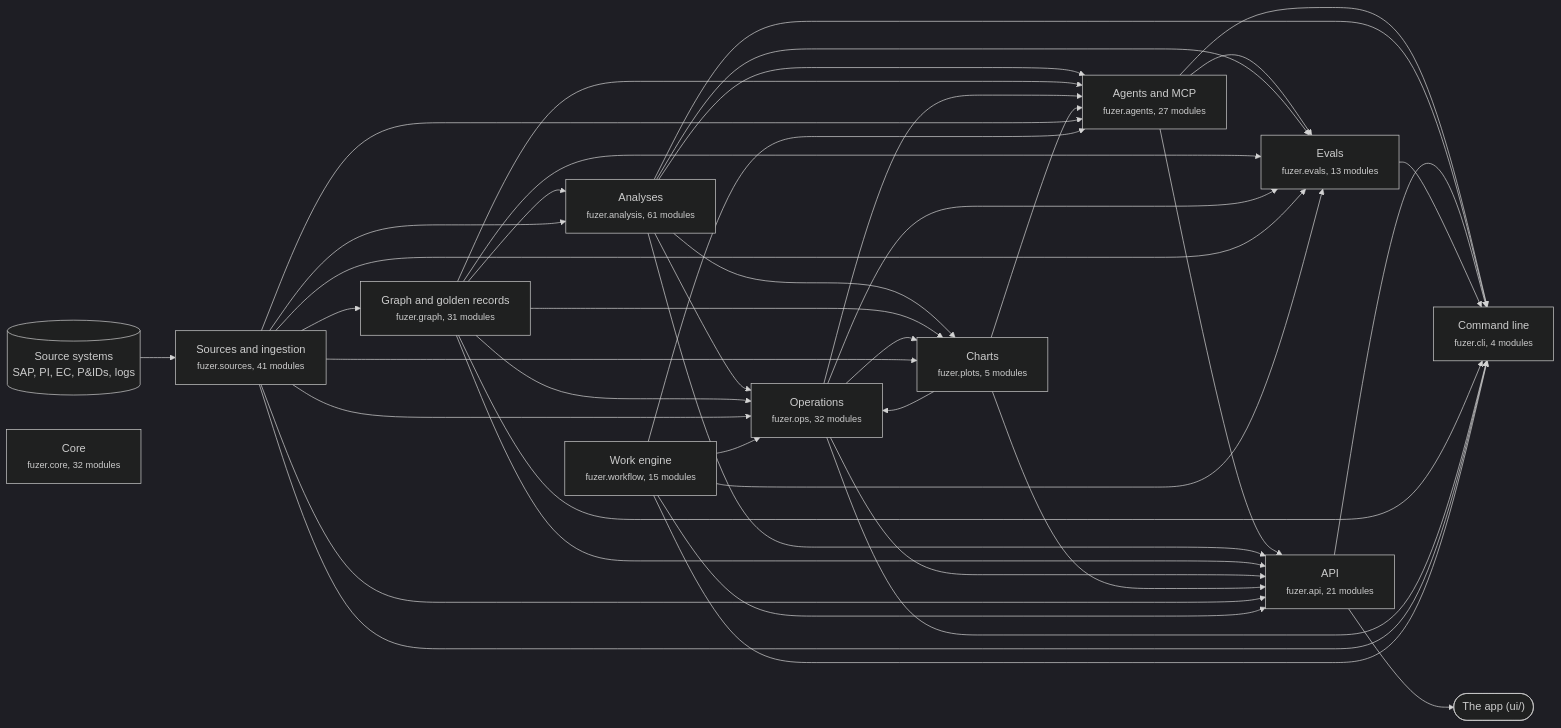
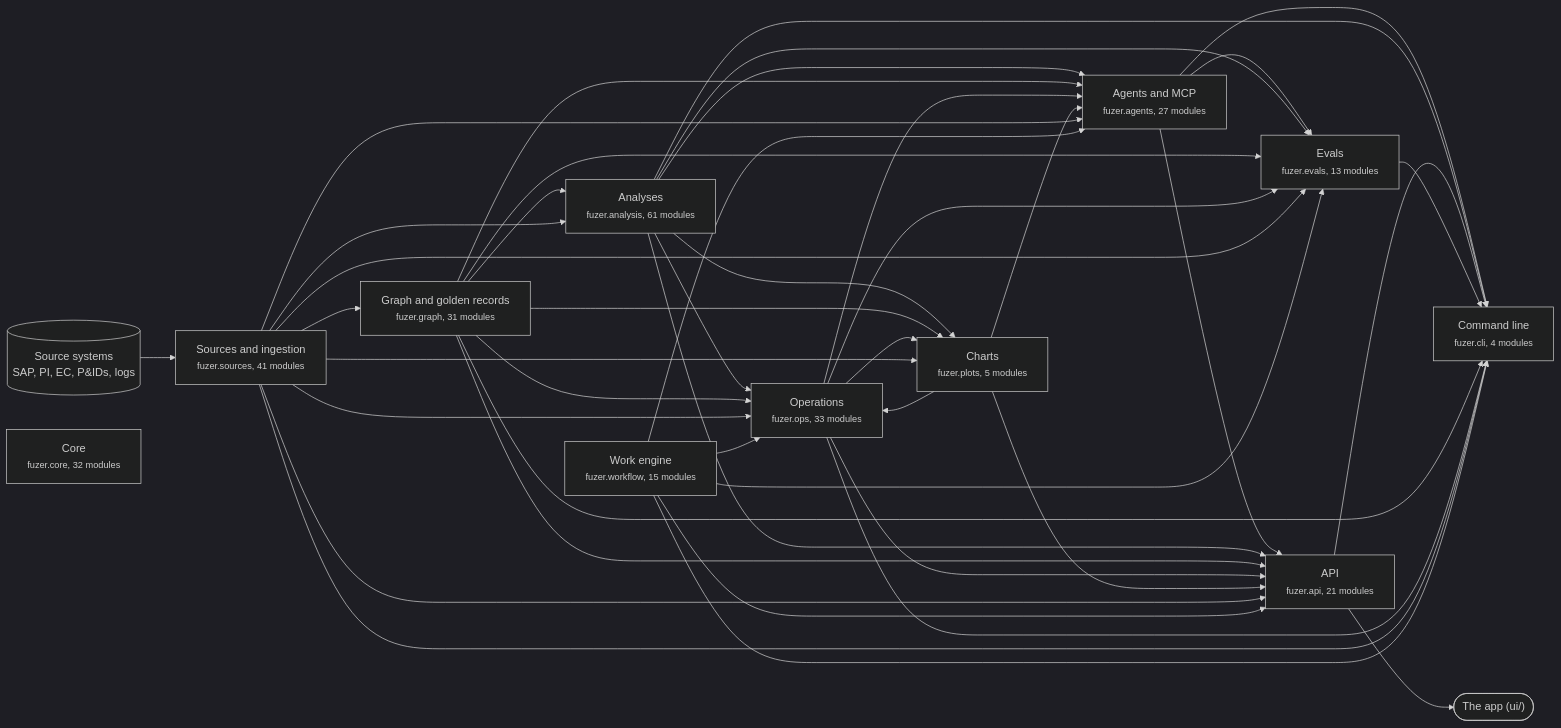
Before and after one commit to areed145/fuzer: the first of 3 diagrams in docs/architecture.md, drawn with Mermaid (dark theme). The commit also changed other lines of this file and 30 other files, not shown here.

````diff
--- a/docs/architecture.md
+++ b/docs/architecture.md
@@ -8,67 +8,67 @@
 ```mermaid
 flowchart LR
   systems[("Source systems<br>SAP, PI, EC, P&IDs, logs")] --> c_sources
   app(["The app (ui/)"])
   c_api --> app
   c_sources["Sources and ingestion<br><small>fuzer.sources, 41 modules</small>"]
   c_graph["Graph and golden records<br><small>fuzer.graph, 31 modules</small>"]
   c_analysis["Analyses<br><small>fuzer.analysis, 61 modules</small>"]
-  c_ops["Operations<br><small>fuzer.ops, 32 modules</small>"]
+  c_ops["Operations<br><small>fuzer.ops, 33 modules</small>"]
   c_plots["Charts<br><small>fuzer.plots, 5 modules</small>"]
   c_workflow["Work engine<br><small>fuzer.workflow, 15 modules</small>"]
   c_agents["Agents and MCP<br><small>fuzer.agents, 27 modules</small>"]
   c_evals["Evals<br><small>fuzer.evals, 13 modules</small>"]
   c_api["API<br><small>fuzer.api, 21 modules</small>"]
   c_cli["Command line<br><small>fuzer.cli, 4 modules</small>"]
   c_core["Core<br><small>fuzer.core, 32 modules</small>"]
   c_sources --> c_graph
   c_graph --> c_analysis
   c_sources --> c_analysis
   c_analysis --> c_ops
   c_graph --> c_ops
   c_plots --> c_ops
   c_sources --> c_ops
   c_workflow --> c_ops
   c_analysis --> c_plots
   c_graph --> c_plots
   c_ops --> c_plots
   c_sources --> c_plots
   c_analysis --> c_agents
   c_graph --> c_agents
   c_ops --> c_agents
   c_plots --> c_agents
   c_sources --> c_agents
   c_workflow --> c_agents
   c_agents --> c_evals
   c_analysis --> c_evals
   c_graph --> c_evals
   c_ops --> c_evals
   c_sources --> c_evals
   c_workflow --> c_evals
   c_agents --> c_api
   c_analysis --> c_api
   c_graph --> c_api
   c_ops --> c_api
   c_plots --> c_api
   c_sources --> c_api
   c_workflow --> c_api
   c_agents --> c_cli
   c_analysis --> c_cli
   c_api --> c_cli
   c_evals --> c_cli
   c_graph --> c_cli
   c_ops --> c_cli
   c_sources --> c_cli
   c_workflow --> c_cli
   click c_sources "https://github.com/areed145/fuzer/tree/main/src/fuzer/sources"
   click c_graph "https://github.com/areed145/fuzer/tree/main/src/fuzer/graph"
   click c_analysis "https://github.com/areed145/fuzer/tree/main/src/fuzer/analysis"
   click c_ops "https://github.com/areed145/fuzer/tree/main/src/fuzer/ops"
   click c_plots "https://github.com/areed145/fuzer/tree/main/src/fuzer/plots"
   click c_workflow "https://github.com/areed145/fuzer/tree/main/src/fuzer/workflow"
   click c_agents "https://github.com/areed145/fuzer/tree/main/src/fuzer/agents"
   click c_evals "https://github.com/areed145/fuzer/tree/main/src/fuzer/evals"
   click c_api "https://github.com/areed145/fuzer/tree/main/src/fuzer/api"
   click c_cli "https://github.com/areed145/fuzer/tree/main/src/fuzer/cli"
   click c_core "https://github.com/areed145/fuzer/tree/main/src/fuzer/core"
 ```
````
